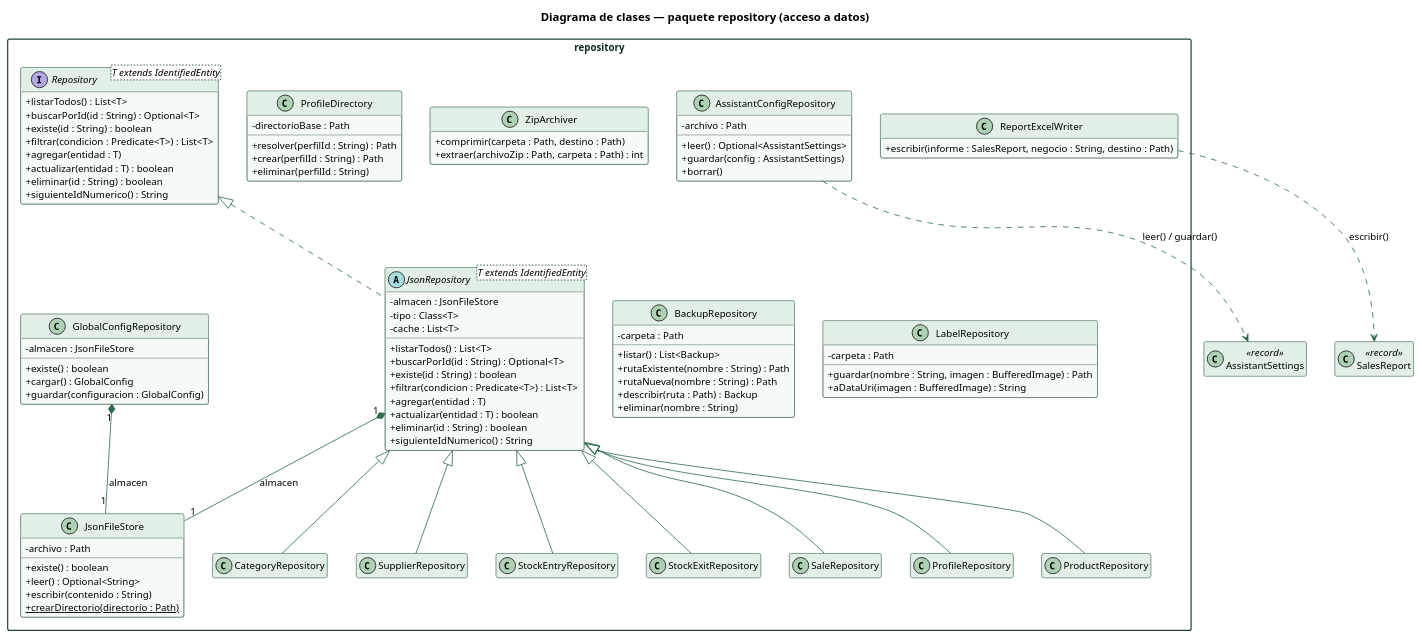
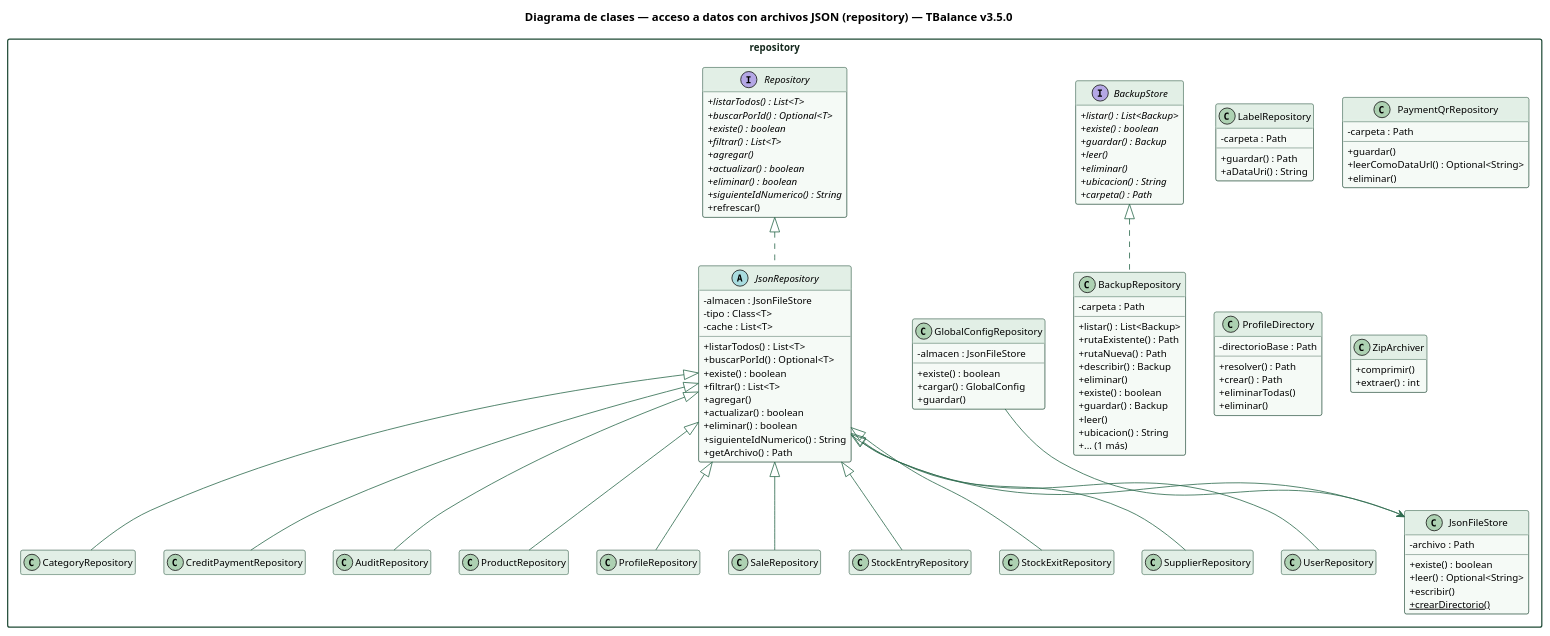
One commit to erickf-dev/TBalance changed the diagram in docs/diagramas/clases-persistencia.puml. Above: the diagram before and after it, drawn with PlantUML. The commit also changed 24 other files, not shown here.

First line of the commit message:
docs: phases 1 to 4, diagrams and README for v3.5.0

```diff
--- a/docs/diagramas/clases-persistencia.puml
+++ b/docs/diagramas/clases-persistencia.puml
@@ -1,124 +1,139 @@
 @startuml
 skinparam shadowing false
 skinparam defaultFontName Helvetica
 skinparam defaultFontSize 12
 skinparam classAttributeIconSize 0
 skinparam packageStyle rectangle
 skinparam ArrowColor #2e6b4f
 skinparam class {
   BackgroundColor #f5faf6
   BorderColor #1e4a35
   HeaderBackgroundColor #e2efe6
 }
 skinparam package {
   BorderColor #1e4a35
   FontColor #14281d
 }
-skinparam note {
-  BackgroundColor #fdf8ea
-  BorderColor #d4a72c
-}
 hide empty members
 
-title Diagrama de clases — paquete repository (acceso a datos)
+title Diagrama de clases — acceso a datos con archivos JSON (repository) — TBalance v3.5.0
+
 package repository {
-interface Repository<T extends IdentifiedEntity> {
-  + listarTodos() : List<T>
-  + buscarPorId(id : String) : Optional<T>
-  + existe(id : String) : boolean
-  + filtrar(condicion : Predicate<T>) : List<T>
-  + agregar(entidad : T)
-  + actualizar(entidad : T) : boolean
-  + eliminar(id : String) : boolean
-  + siguienteIdNumerico() : String
+class AuditRepository {
 }
-abstract class JsonRepository<T extends IdentifiedEntity> {
+class BackupRepository {
+  - carpeta : Path
+  + listar() : List<Backup>
+  + rutaExistente() : Path
+  + rutaNueva() : Path
+  + describir() : Backup
+  + eliminar()
+  + existe() : boolean
+  + guardar() : Backup
+  + leer()
+  + ubicacion() : String
+  + ... (1 más)
+}
+interface BackupStore {
+  + {abstract} listar() : List<Backup>
+  + {abstract} existe() : boolean
+  + {abstract} guardar() : Backup
+  + {abstract} leer()
+  + {abstract} eliminar()
+  + {abstract} ubicacion() : String
+  + {abstract} carpeta() : Path
+}
+class CategoryRepository {
+}
+class CreditPaymentRepository {
+}
+class GlobalConfigRepository {
   - almacen : JsonFileStore
-  - tipo : Class<T>
-  - cache : List<T>
-  + listarTodos() : List<T>
-  + buscarPorId(id : String) : Optional<T>
-  + existe(id : String) : boolean
-  + filtrar(condicion : Predicate<T>) : List<T>
-  + agregar(entidad : T)
-  + actualizar(entidad : T) : boolean
-  + eliminar(id : String) : boolean
-  + siguienteIdNumerico() : String
+  + existe() : boolean
+  + cargar() : GlobalConfig
+  + guardar()
 }
 class JsonFileStore {
   - archivo : Path
   + existe() : boolean
   + leer() : Optional<String>
-  + escribir(contenido : String)
-  + crearDirectorio(directorio : Path) {static}
+  + escribir()
+  + {static} crearDirectorio()
+}
+abstract class JsonRepository {
+  - almacen : JsonFileStore
+  - tipo : Class<T>
+  - cache : List<T>
+  + listarTodos() : List<T>
+  + buscarPorId() : Optional<T>
+  + existe() : boolean
+  + filtrar() : List<T>
+  + agregar()
+  + actualizar() : boolean
+  + eliminar() : boolean
+  + siguienteIdNumerico() : String
+  + getArchivo() : Path
+}
+class LabelRepository {
+  - carpeta : Path
+  + guardar() : Path
+  + aDataUri() : String
+}
+class PaymentQrRepository {
+  - carpeta : Path
+  + guardar()
+  + leerComoDataUrl() : Optional<String>
+  + eliminar()
 }
 class ProductRepository {
 }
-class CategoryRepository {
+class ProfileDirectory {
+  - directorioBase : Path
+  + resolver() : Path
+  + crear() : Path
+  + eliminarTodas()
+  + eliminar()
 }
-class SupplierRepository {
+class ProfileRepository {
+}
+interface Repository {
+  + {abstract} listarTodos() : List<T>
+  + {abstract} buscarPorId() : Optional<T>
+  + {abstract} existe() : boolean
+  + {abstract} filtrar() : List<T>
+  + {abstract} agregar()
+  + {abstract} actualizar() : boolean
+  + {abstract} eliminar() : boolean
+  + {abstract} siguienteIdNumerico() : String
+  + refrescar()
+}
+class SaleRepository {
 }
 class StockEntryRepository {
 }
 class StockExitRepository {
 }
-class SaleRepository {
+class SupplierRepository {
 }
-class ProfileRepository {
-}
-class GlobalConfigRepository {
-  - almacen : JsonFileStore
-  + existe() : boolean
-  + cargar() : GlobalConfig
-  + guardar(configuracion : GlobalConfig)
-}
-class ProfileDirectory {
-  - directorioBase : Path
-  + resolver(perfilId : String) : Path
-  + crear(perfilId : String) : Path
-  + eliminar(perfilId : String)
+class UserRepository {
 }
 class ZipArchiver {
-  + comprimir(carpeta : Path, destino : Path)
-  + extraer(archivoZip : Path, carpeta : Path) : int
-}
-class BackupRepository {
-  - carpeta : Path
-  + listar() : List<Backup>
-  + rutaExistente(nombre : String) : Path
-  + rutaNueva(nombre : String) : Path
-  + describir(ruta : Path) : Backup
-  + eliminar(nombre : String)
-}
-class LabelRepository {
-  - carpeta : Path
-  + guardar(nombre : String, imagen : BufferedImage) : Path
-  + aDataUri(imagen : BufferedImage) : String
-}
-class AssistantConfigRepository {
-  - archivo : Path
-  + leer() : Optional<AssistantSettings>
-  + guardar(config : AssistantSettings)
-  + borrar()
-}
-class ReportExcelWriter {
-  + escribir(informe : SalesReport, negocio : String, destino : Path)
+  + comprimir()
+  + extraer() : int
 }
 }
-
-Repository <|.. JsonRepository
-JsonRepository "1" *-- "1" JsonFileStore : almacen
-GlobalConfigRepository "1" *-- "1" JsonFileStore : almacen
+BackupStore <|.. BackupRepository
+GlobalConfigRepository --> JsonFileStore
+JsonRepository --> JsonFileStore
+JsonRepository <|-- AuditRepository
+JsonRepository <|-- CategoryRepository
+JsonRepository <|-- CreditPaymentRepository
 JsonRepository <|-- ProductRepository
-JsonRepository <|-- CategoryRepository
-JsonRepository <|-- SupplierRepository
+JsonRepository <|-- ProfileRepository
+JsonRepository <|-- SaleRepository
 JsonRepository <|-- StockEntryRepository
 JsonRepository <|-- StockExitRepository
-JsonRepository <|-- SaleRepository
-JsonRepository <|-- ProfileRepository
-class AssistantSettings <<record>>
-class SalesReport <<record>>
-AssistantConfigRepository ..> AssistantSettings : leer() / guardar()
-ReportExcelWriter ..> SalesReport : escribir()
-
+JsonRepository <|-- SupplierRepository
+JsonRepository <|-- UserRepository
+Repository <|.. JsonRepository
 @enduml
```
